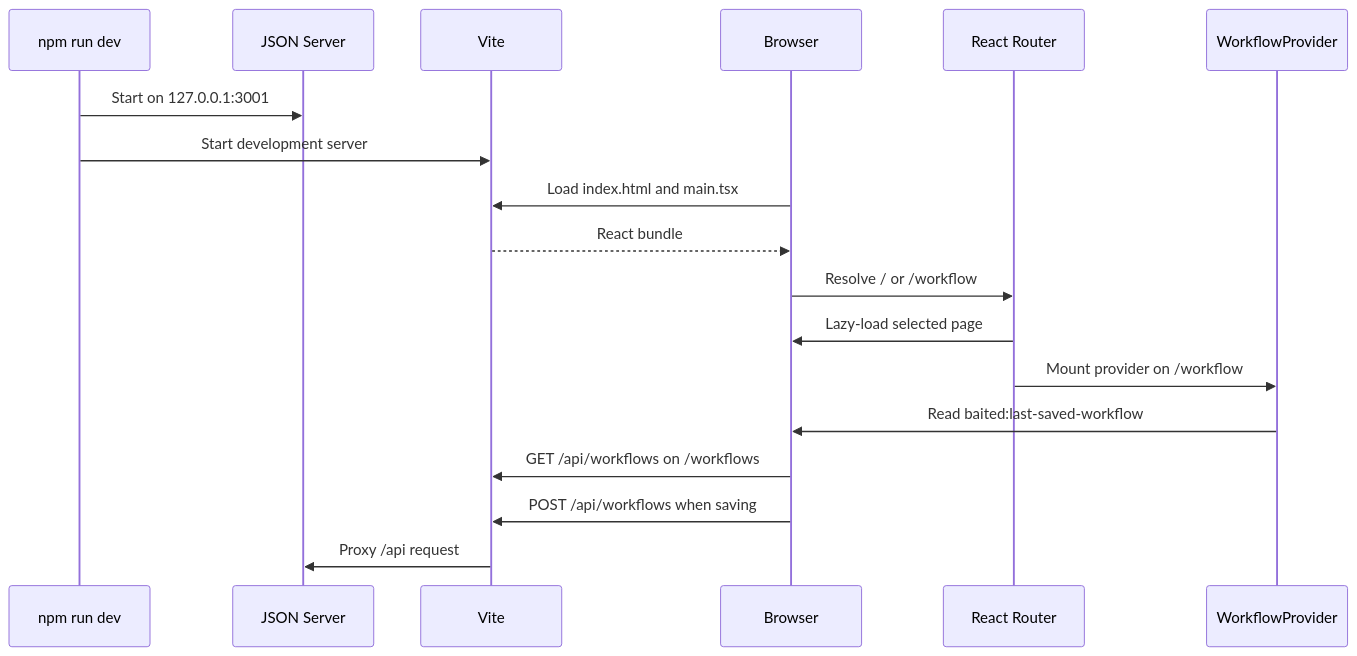
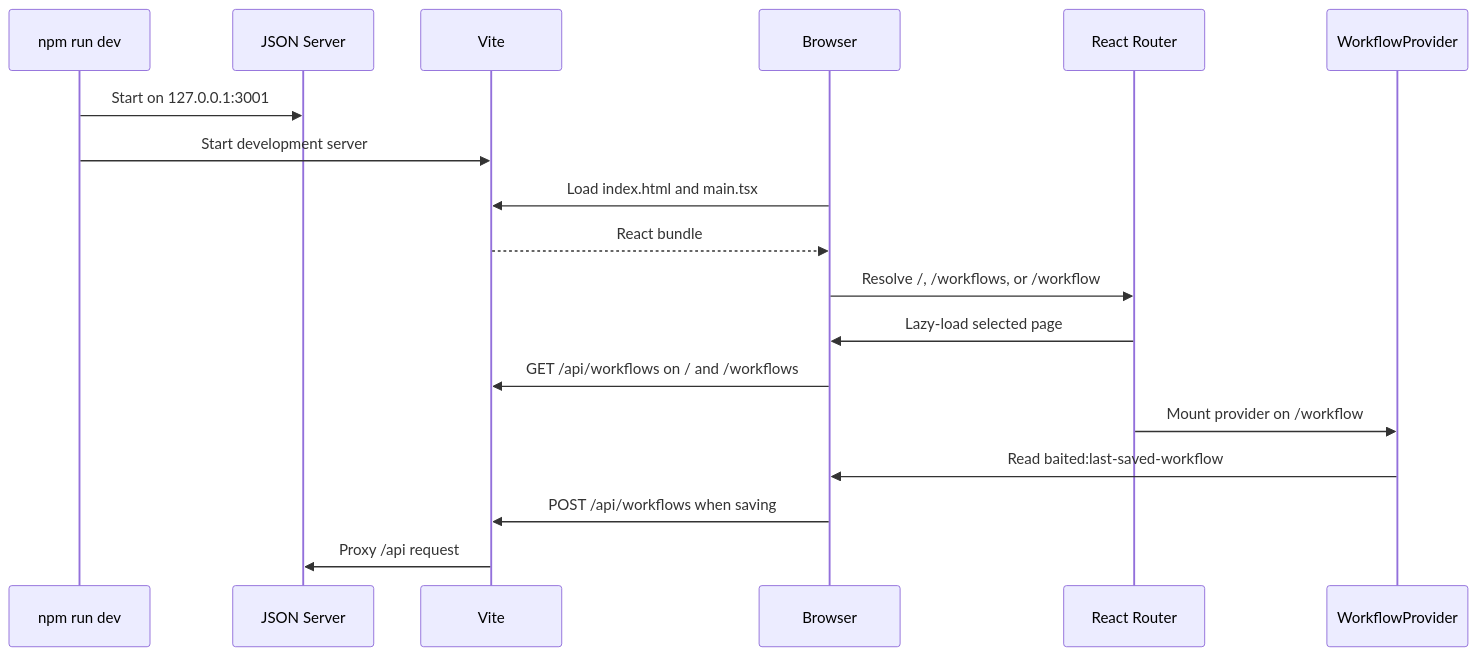
Before and after one commit to alezemelo/Baited: the diagram in docs/02-bootstrap-and-runtime.md, drawn with Mermaid. The commit also changed other lines of this file and 9 other files, not shown here.

````diff
--- a/docs/02-bootstrap-and-runtime.md
+++ b/docs/02-bootstrap-and-runtime.md
@@ -16,21 +16,21 @@
 ```mermaid
 sequenceDiagram
   participant CLI as npm run dev
   participant API as JSON Server
   participant Vite as Vite
   participant Browser as Browser
   participant Router as React Router
   participant Provider as WorkflowProvider
 
   CLI->>API: Start on 127.0.0.1:3001
   CLI->>Vite: Start development server
   Browser->>Vite: Load index.html and main.tsx
   Vite-->>Browser: React bundle
-  Browser->>Router: Resolve / or /workflow
+  Browser->>Router: Resolve /, /workflows, or /workflow
   Router->>Browser: Lazy-load selected page
+  Browser->>Vite: GET /api/workflows on / and /workflows
   Router->>Provider: Mount provider on /workflow
   Provider->>Browser: Read baited:last-saved-workflow
-  Browser->>Vite: GET /api/workflows on /workflows
   Browser->>Vite: POST /api/workflows when saving
   Vite->>API: Proxy /api request
 ```
````
